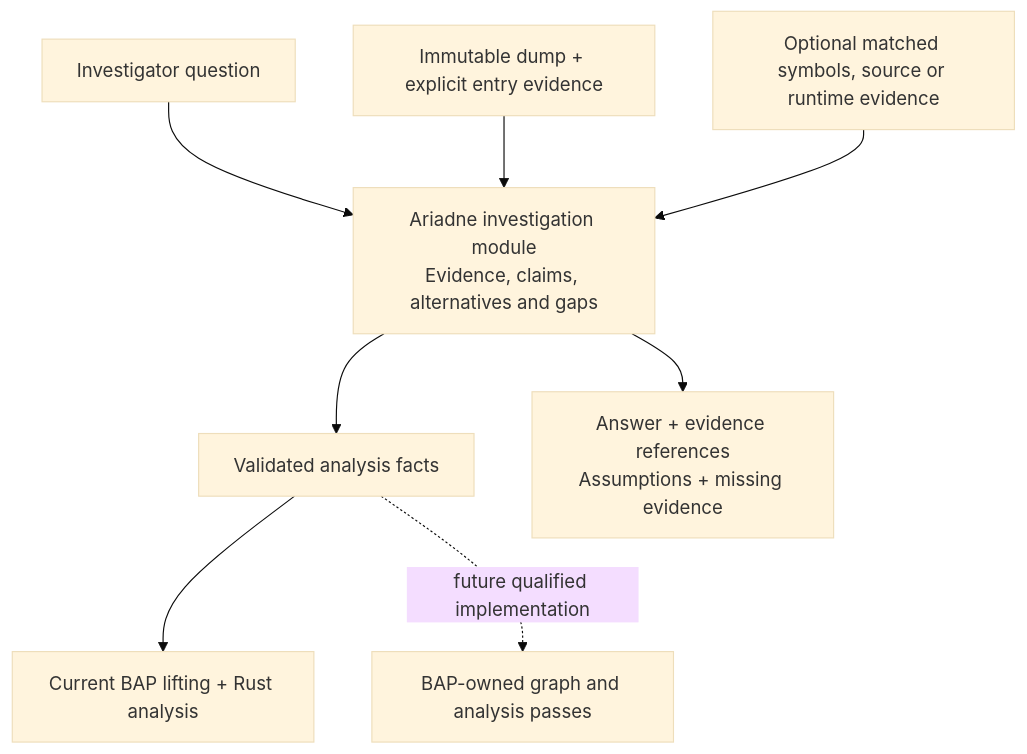
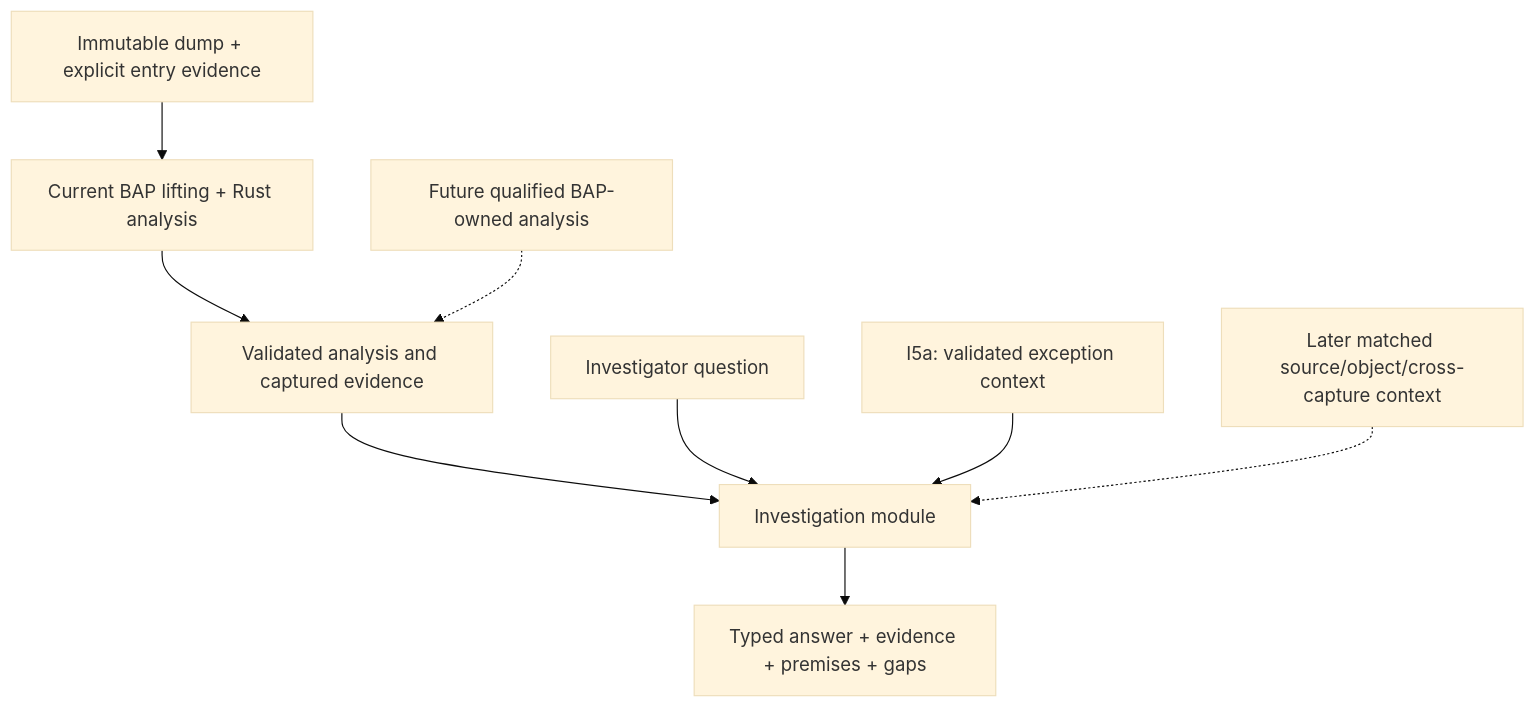
Before and after one commit to NzSN/Ariadne: the diagram in docs/Ariadne/investigation-layer-design.md, drawn with Mermaid (base theme). The commit also changed other lines of this file and 191 other files, not shown here.

Commit message:
Complete BAP analysis-core migration and qualification

````diff
--- a/docs/Ariadne/investigation-layer-design.md
+++ b/docs/Ariadne/investigation-layer-design.md
@@ -50,10 +51,11 @@
 ```mermaid
 flowchart TD
-    Question["Investigator question"] --> Investigation["Ariadne investigation module<br/>Evidence, claims, alternatives and gaps"]
-    Capture["Immutable dump + explicit entry evidence"] --> Investigation
-    Context["Optional matched symbols, source or runtime evidence"] --> Investigation
-    Investigation --> Facts["Validated analysis facts"]
-    Facts --> Current["Current BAP lifting + Rust analysis"]
-    Facts -. "future qualified implementation" .-> Future["BAP-owned graph and analysis passes"]
-    Investigation --> Explanation["Answer + evidence references<br/>Assumptions + missing evidence"]
+    Capture["Immutable dump + explicit entry evidence"] --> Current["Current BAP lifting + Rust analysis"]
+    Current --> Facts["Validated analysis and captured evidence"]
+    Facts --> Investigation["Investigation module"]
+    Question["Investigator question"] --> Investigation
+    FaultContext["I5a: validated exception context"] --> Investigation
+    Context["Later matched source/object/cross-capture context"] -.-> Investigation
+    Future["Future qualified BAP-owned analysis"] -.-> Facts
+    Investigation --> Explanation["Typed answer + evidence + premises + gaps"]
 ```
````
